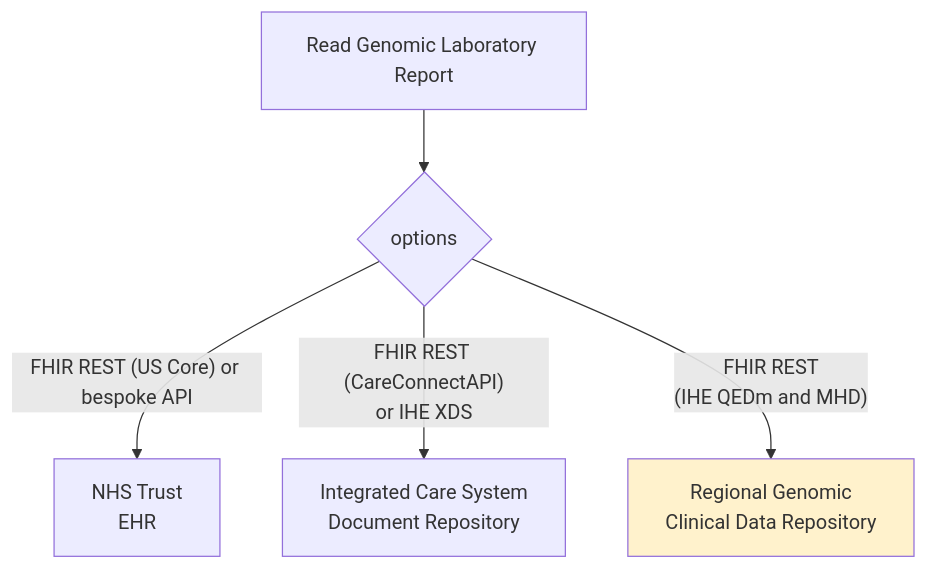
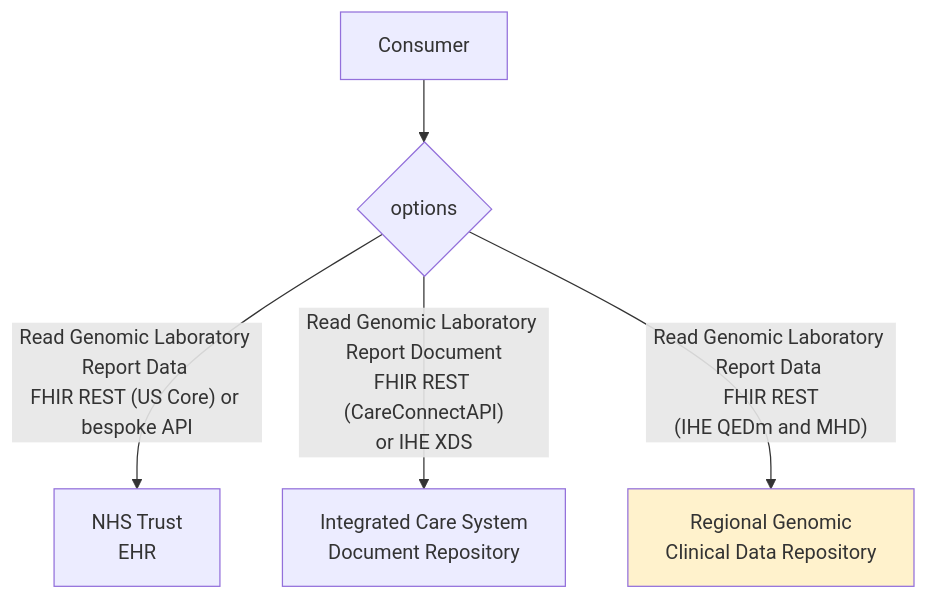
One commit to uk-gov-mirror/nw-gmsa.nw-gmsa.github.com changed the first of 3 diagrams in input/pagecontent/HIE.md. Above: the diagram before and after it, drawn with Mermaid. The commit also changed 2 other files, not shown here.

Commit message:
Diagnostic Implication

````diff
--- a/input/pagecontent/HIE.md
+++ b/input/pagecontent/HIE.md
@@ -42,10 +42,10 @@
 ```mermaid
 graph TD;
-    Read[Read Genomic Laboratory Report]-->O
-    O{options} --> |"FHIR REST (US Core) or bespoke API"| EHR[NHS Trust<br/>EHR] 
-    O --> |"FHIR REST (CareConnectAPI)<br/>or IHE XDS"| ICS[Integrated Care System <br/> Document Repository]
-    O --> |"FHIR REST<br/>(IHE QEDm and MHD)"| CDR[Regional Genomic<br/> Clinical Data Repository]
+    Read[Consumer]-->O
+    O{options} --> |"Read Genomic Laboratory Report Data <br/>FHIR REST (US Core) or bespoke API"| EHR[NHS Trust<br/>EHR] 
+    O --> |"Read Genomic Laboratory Report Document<br/>FHIR REST (CareConnectAPI)<br/>or IHE XDS"| ICS[Integrated Care System <br/> Document Repository]
+    O --> |"Read Genomic Laboratory Report Data <br/>FHIR REST<br/>(IHE QEDm and MHD)"| CDR[Regional Genomic<br/> Clinical Data Repository]
     
     classDef yellow fill:#FFF2CC;
     class CDR yellow;
 ```
````
